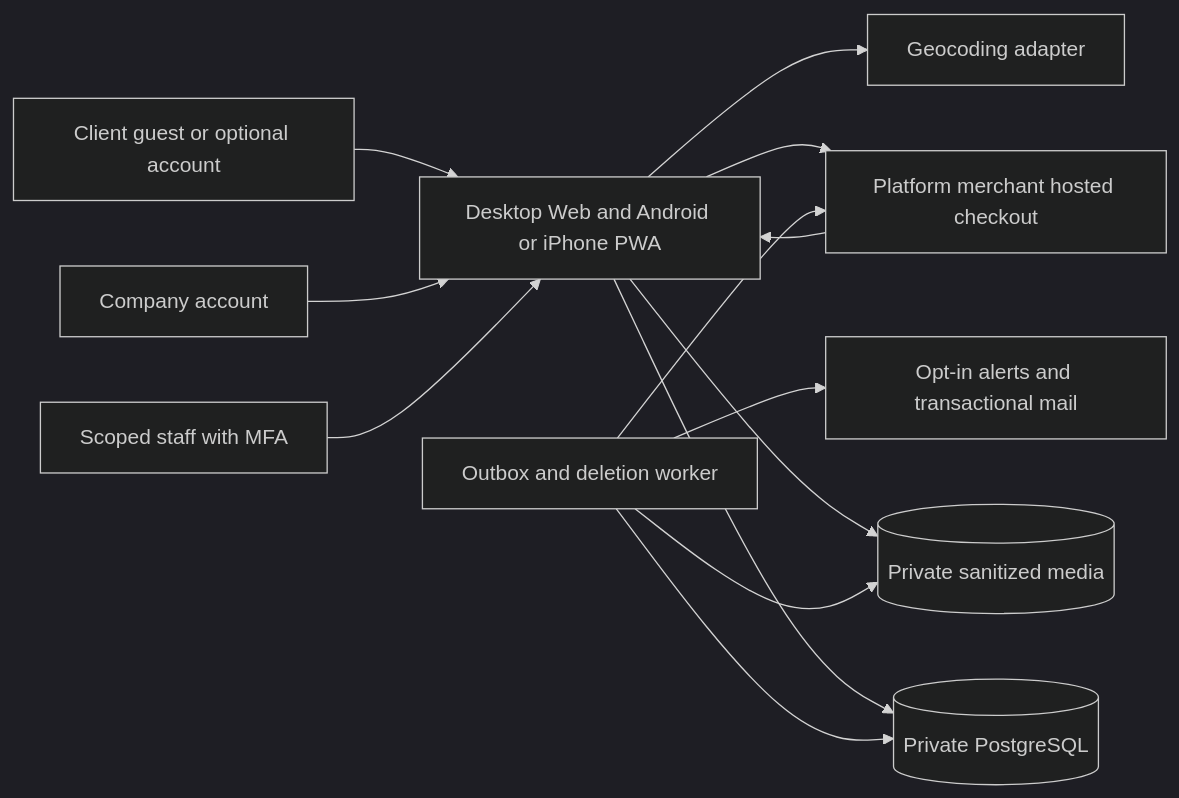
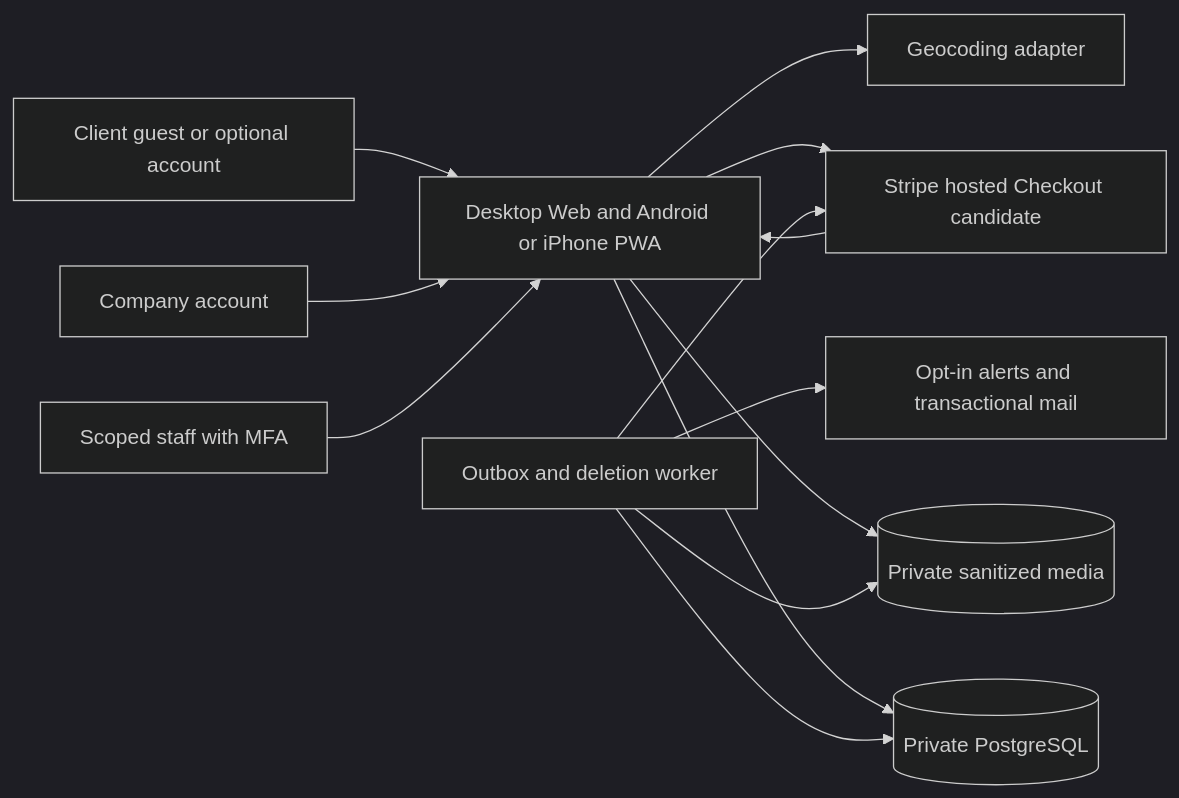
One commit to jianfjin/work-platform changed the diagram in doc/04-architecture.md. Above: the diagram before and after it, drawn with Mermaid (dark theme). The commit also changed other lines of this file and 11 other files, not shown here.

Commit message:
docs: evaluate Stripe Node SDK for platform fee payments

````diff
--- a/doc/04-architecture.md
+++ b/doc/04-architecture.md
@@ -7,15 +7,15 @@
 ```mermaid
 flowchart LR
     Guest[Client guest or optional account] --> Web[Desktop Web and Android or iPhone PWA]
     Firm[Company account] --> Web
     Staff[Scoped staff with MFA] --> Web
     Web --> DB[(Private PostgreSQL)]
     Web --> Media[(Private sanitized media)]
-    Web --> PSP[Platform merchant hosted checkout]
+    Web --> PSP[Stripe hosted Checkout candidate]
     PSP --> Web
     Worker[Outbox and deletion worker] --> DB
     Worker --> Media
     Worker --> PSP
     Worker --> Mail[Opt-in alerts and transactional mail]
     Web --> Geo[Geocoding adapter]
 ```
````
